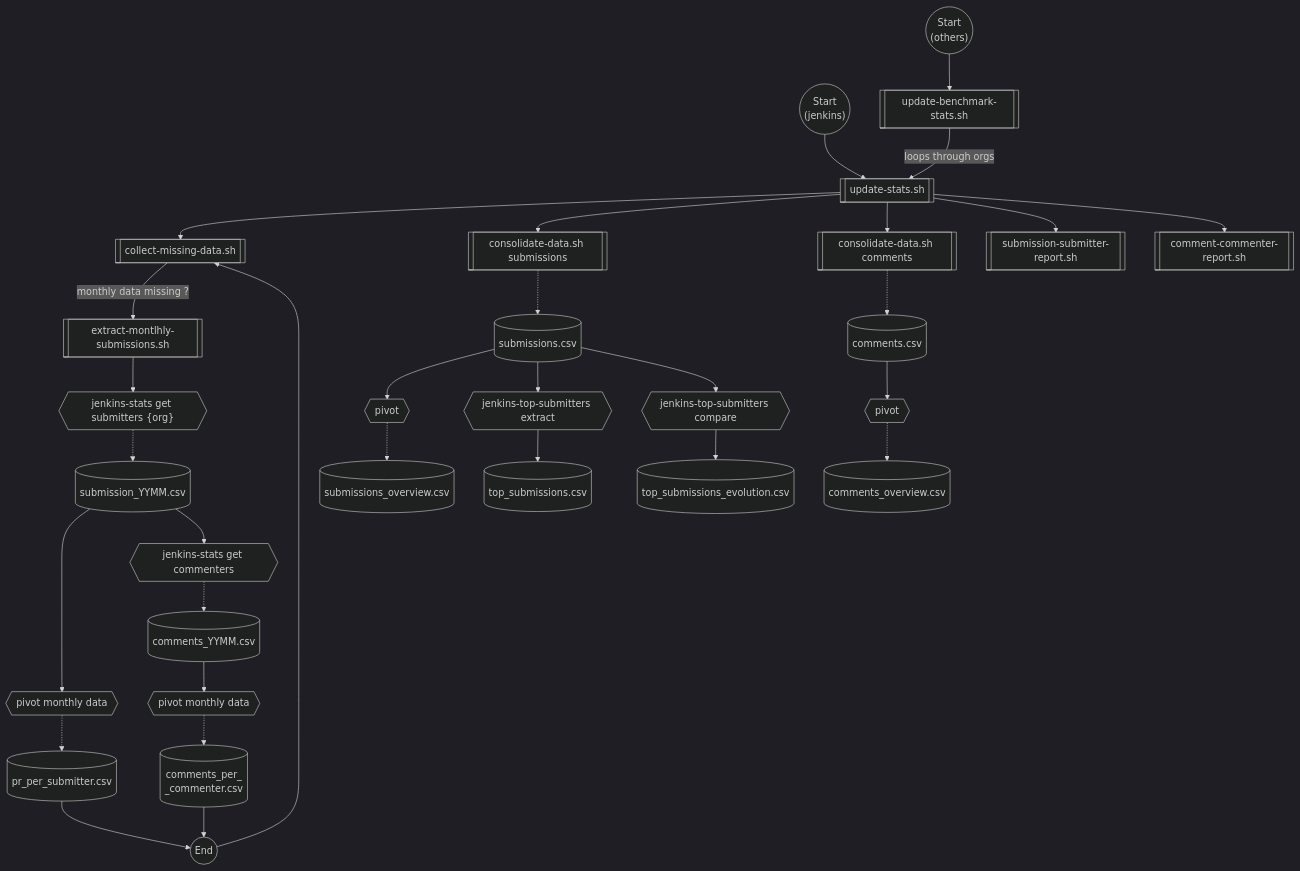
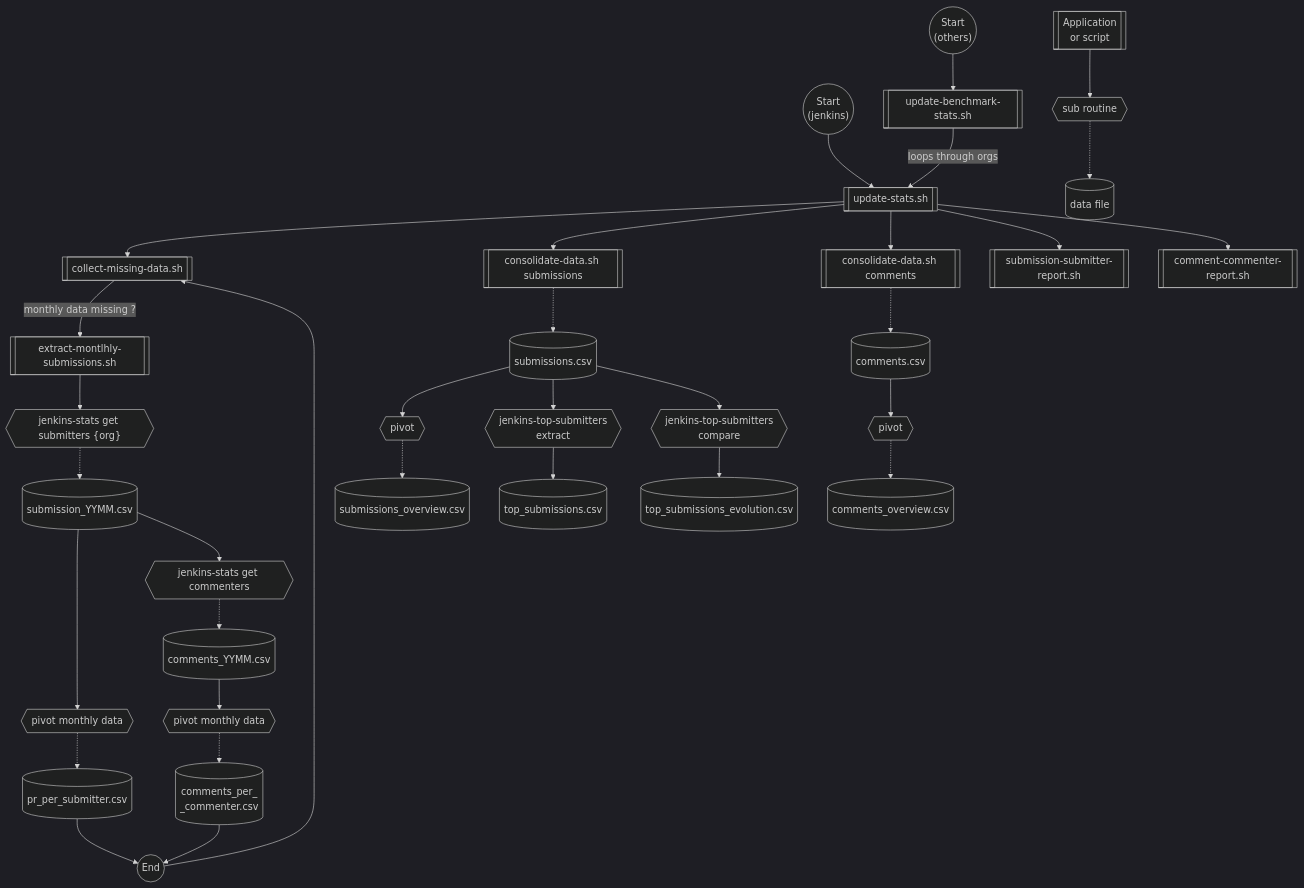
The diagram in README.md (jenkins-infra/jenkins-contribution-stats), drawn with Mermaid (dark theme) before and after one commit. The commit also changed other lines of this file and 1 other file, not shown here.

````diff
--- a/README.md
+++ b/README.md
@@ -42,62 +66,67 @@
 ```mermaid
 flowchart TD
 	start1(("`Start
 	(others)
 	 `"))
 
     start2(("`Start
     (jenkins)
      `"))
 
     extract_end((End))
 
     %% Processes
 
 	A[[update-benchmark-stats.sh]]
 	B[[update-stats.sh]]
     C[[collect-missing-data.sh]]
     D[[consolidate-data.sh submissions]]
     E[[consolidate-data.sh comments]]
     F[[submission-submitter-report.sh]]
     G[[comment-commenter-report.sh]]
     extracData[[extract-montlhly-submissions.sh]]
     get_submitters{{"jenkins-stats get submitters {org}"}}
     get_commenters{{"jenkins-stats get commenters"}}
-    top_extract{{jenkins-top-submitters extract}}
-    top_compare{{jenkins-top-submitters compare}}
+    top_extract{{jenkins-top-submitters </br> extract}}
+    top_compare{{jenkins-top-submitters </br>compare}}
 
     %% data files
     submission_month[(submission_YYMM.csv)]
     monththlyPivot_submit[(pr_per_submitter.csv)]
     comments_month[(comments_YYMM.csv)]
-    monththlyPivot_comment[("`comments_per_
-    _commenter.csv`")]
+    monththlyPivot_comment[(comments_per_</br>_commenter.csv)]
     global_submissions[(submissions.csv)]
     global_submissionsOverview[(submissions_overview.csv)]
     top_submission[(top_submissions.csv)]
     top_submission_evol[(top_submissions_evolution.csv)]
 
     global_comments[(comments.csv)]
     global_commentsOverview[(comments_overview.csv)]
 
+    %% legend
+    legend_app[[Application </br>or script]]
+    legend_sub{{sub routine}}
+    legend_data[(data file)]
+    legend_app --> legend_sub -.-> legend_data
+
     %% pivot processes
     monthlypivot_subm{{pivot monthly data}}
     monthlypivot_comment{{pivot monthly data}}
     subm_overview_pivot{{pivot}}
     comment_overview_pivot{{pivot}}
 
     
-
+    %% flow
 	start1 --> A -- loops through orgs --> B
 	start2 --> B
     B --> C -- monthly data missing ? --> extracData  --> get_submitters
     get_submitters -.-> submission_month --> monthlypivot_subm -.-> monththlyPivot_submit --> extract_end --> C
     submission_month --> get_commenters -.-> comments_month --> monthlypivot_comment -.-> monththlyPivot_comment --> extract_end
     B --> D -.-> global_submissions
     global_submissions --> subm_overview_pivot -.-> global_submissionsOverview
     global_submissions --> top_extract --> top_submission
     global_submissions --> top_compare --> top_submission_evol
     B --> E -.-> global_comments --> comment_overview_pivot -.-> global_commentsOverview
     B --> F 
     B --> G
 ```
````
